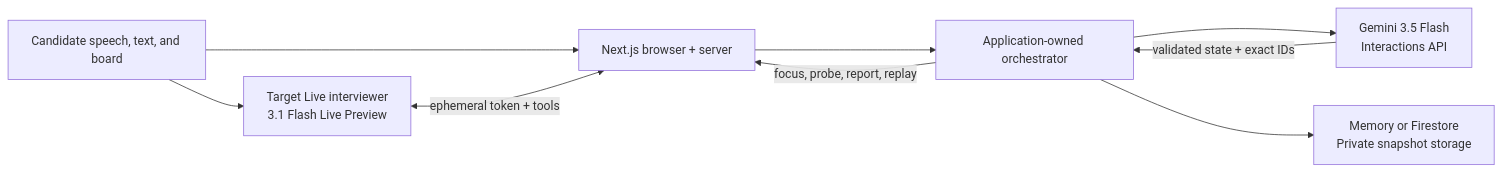
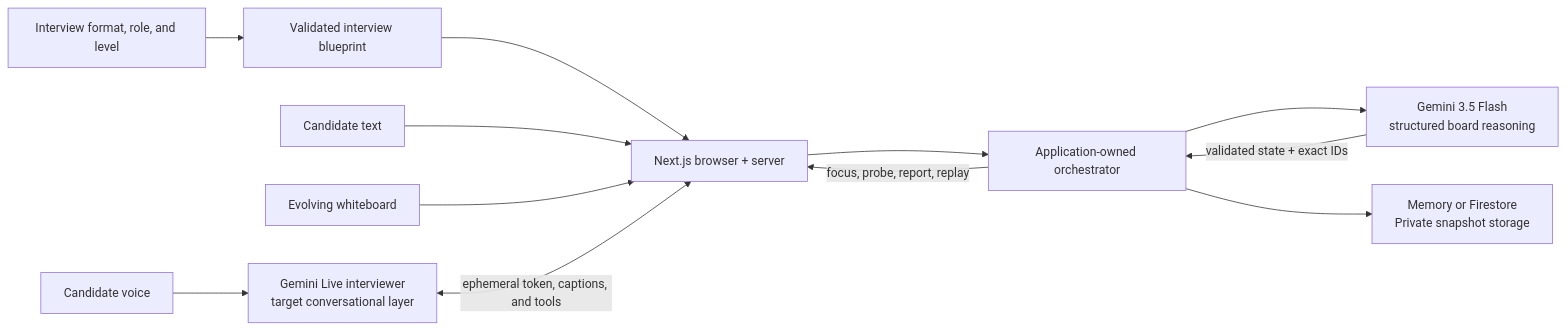
The diagram in README.md (neonforestmist/sapphire-ai), drawn with Mermaid before and after one commit. The commit also changed other lines of this file and 19 other files, not shown here.

Commit message:
Clarify the voice and whiteboard interview flow

```diff
--- a/README.md
+++ b/README.md
@@ -42,18 +69,25 @@
 ~~~mermaid
 flowchart LR
-    Candidate["Candidate speech, text, and board"]
-    Live["Target Live interviewer<br/>3.1 Flash Live Preview"]
+    Brief["Interview format, role, and level"]
+    Blueprint["Validated interview blueprint"]
+    Voice["Candidate voice"]
+    Text["Candidate text"]
+    Board["Evolving whiteboard"]
+    Live["Gemini Live interviewer<br/>target conversational layer"]
     App["Next.js browser + server"]
     Orchestrator["Application-owned orchestrator"]
-    Reasoning["Gemini 3.5 Flash<br/>Interactions API"]
+    Reasoning["Gemini 3.5 Flash<br/>structured board reasoning"]
     Stores["Memory or Firestore<br/>Private snapshot storage"]
 
-    Candidate --> App
-    Candidate --> Live
-    Live <-->|"ephemeral token + tools"| App
+    Brief --> Blueprint
+    Blueprint --> App
+    Voice --> Live
+    Text --> App
+    Board --> App
+    Live <-->|"ephemeral token, captions, and tools"| App
     App --> Orchestrator
     Orchestrator --> Reasoning
     Orchestrator --> Stores
     Reasoning -->|"validated state + exact IDs"| Orchestrator
     Orchestrator -->|"focus, probe, report, replay"| App
 ~~~
```
